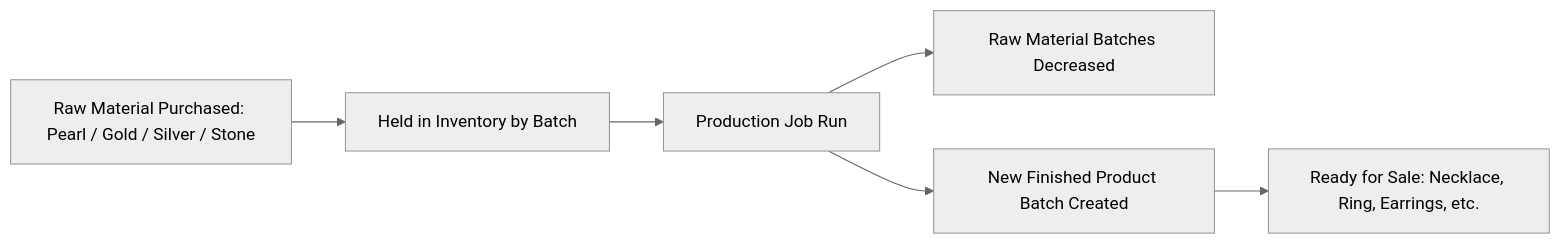
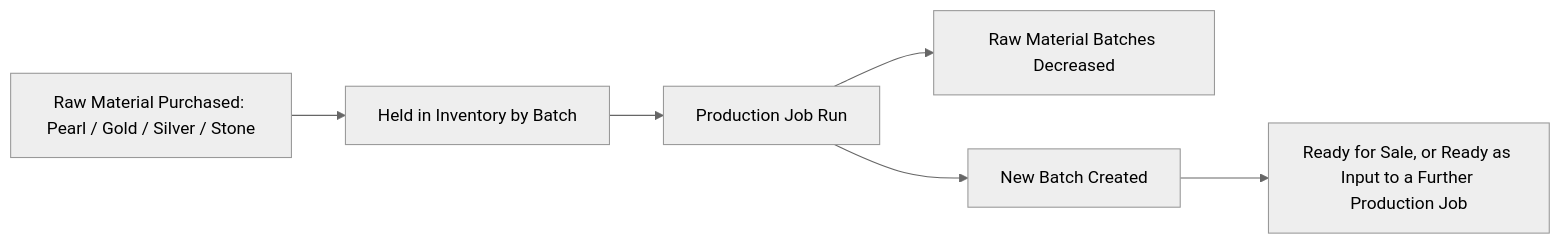
The first of 2 diagrams in 04-Production-UI-Flow.md (Danfe-Solution/docs-kajal-naina), drawn with Mermaid (neutral theme) before and after one commit. The commit also changed other lines of this file, not shown here.

````diff
--- a/04-Production-UI-Flow.md
+++ b/04-Production-UI-Flow.md
@@ -13,8 +12,8 @@
 ```mermaid
 graph LR
     A[Raw Material Purchased: Pearl / Gold / Silver / Stone] --> B[Held in Inventory by Batch]
     B --> C[Production Job Run]
     C --> D[Raw Material Batches Decreased]
-    C --> E[New Finished Product Batch Created]
-    E --> F[Ready for Sale: Necklace, Ring, Earrings, etc.]
+    C --> E[New Batch Created]
+    E --> F[Ready for Sale, or Ready as Input to a Further Production Job]
 ```
````
